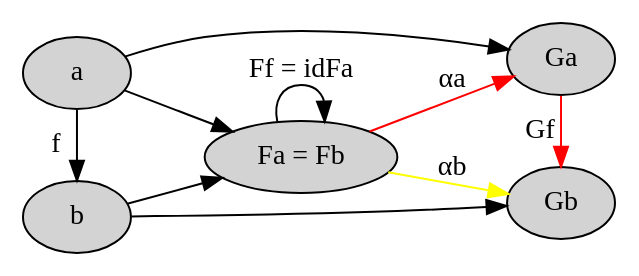
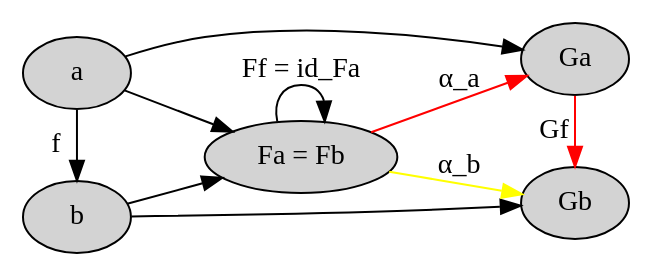
The diagram in chapter17-challenge1-part1.dot (evenbrenden/ct4p-challenges), drawn with Graphviz before and after one commit. The commit also changed 25 other files, not shown here.

```diff
--- a/chapter17-challenge1-part1.dot
+++ b/chapter17-challenge1-part1.dot
@@ -1,23 +1,23 @@
 digraph {
   node [style="filled" color="black" fillcolor="lightgray"]
 
   rankdir=LR
   { rank=same a b }
   { rank=same Ga Gb }
 
   a [label="a"]
   b [label="b"]
   Ga [label="Ga"]
   Gb [label="Gb"]
   FaFb [label="Fa = Fb"]
 
   a -> b [label="f"]
   a -> Ga
   b -> Gb
   a -> FaFb
   b -> FaFb
-  FaFb -> FaFb [label="Ff = idFa"]
+  FaFb -> FaFb [label="Ff = id_Fa"]
   Ga -> Gb [label="Gf" color="red"]
-  FaFb -> Ga [label="αa" color="red"]
-  FaFb -> Gb [label="αb" color="yellow"]
+  FaFb -> Ga [label="α_a" color="red"]
+  FaFb -> Gb [label="α_b" color="yellow"]
 }
```
